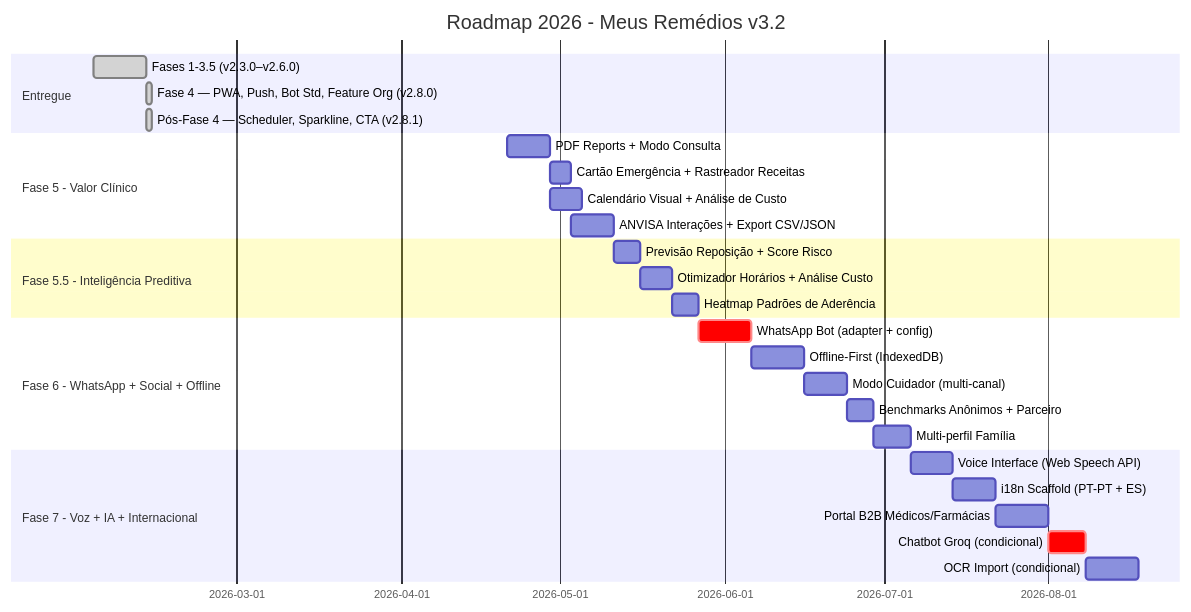
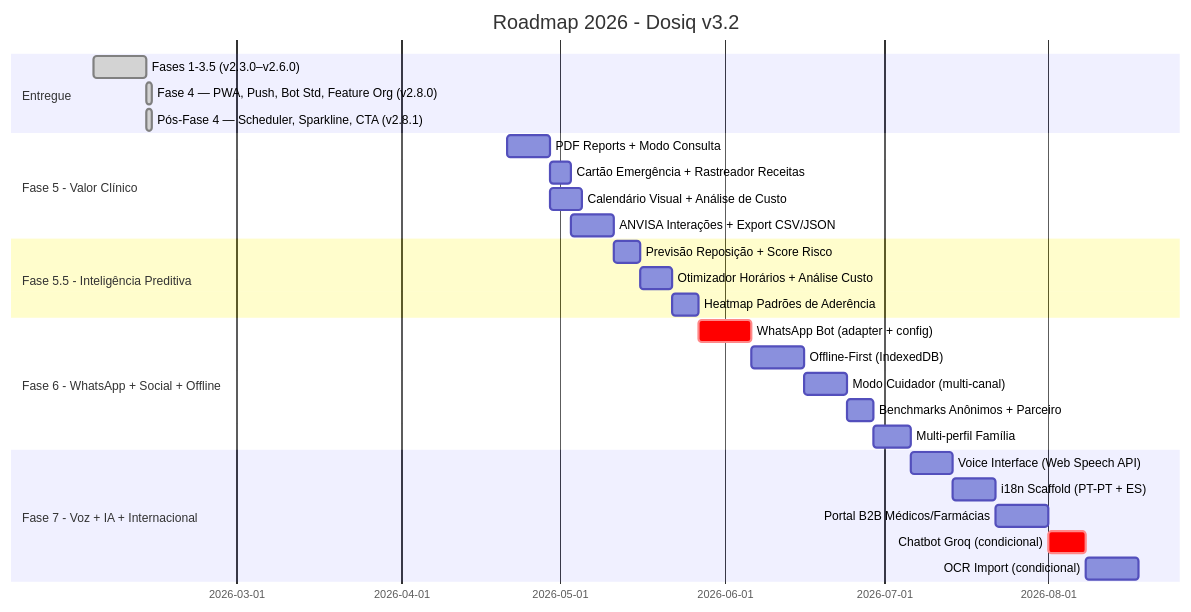
Before and after one commit to coelhotv/dosiq: the diagram in plans/archive_old/roadmap_v3/roadmap_2026_meus_remedios_v32.md, drawn with Mermaid. The commit also changed other lines of this file and 151 other files, not shown here.

````diff
--- a/plans/archive_old/roadmap_v3/roadmap_2026_meus_remedios_v32.md
+++ b/plans/archive_old/roadmap_v3/roadmap_2026_meus_remedios_v32.md
@@ -255,35 +255,35 @@
 ```mermaid
 gantt
-    title Roadmap 2026 - Meus Remédios v3.2
+    title Roadmap 2026 - Dosiq v3.2
     dateFormat YYYY-MM-DD
 
     section Entregue
     Fases 1-3.5 (v2.3.0–v2.6.0)                    :done, prev, 2026-02-02, 10d
     Fase 4 — PWA, Push, Bot Std, Feature Org (v2.8.0) :done, f4, 2026-02-12, 1d
     Pós-Fase 4 — Scheduler, Sparkline, CTA (v2.8.1)  :done, f4b, 2026-02-12, 1d
 
     section Fase 5 - Valor Clínico
     PDF Reports + Modo Consulta           :f5_1, after f4_3, 8d
     Cartão Emergência + Rastreador Receitas:f5_2, after f5_1, 4d
     Calendário Visual + Análise de Custo  :f5_3, after f5_1, 6d
     ANVISA Interações + Export CSV/JSON   :f5_4, after f5_2, 8d
 
     section Fase 5.5 - Inteligência Preditiva
     Previsão Reposição + Score Risco      :f55_1, after f5_4, 5d
     Otimizador Horários + Análise Custo   :f55_2, after f55_1, 6d
     Heatmap Padrões de Aderência          :f55_3, after f55_2, 5d
 
     section Fase 6 - WhatsApp + Social + Offline
     WhatsApp Bot (adapter + config)       :crit, f6_1, after f55_3, 10d
     Offline-First (IndexedDB)             :f6_2, after f6_1, 10d
     Modo Cuidador (multi-canal)           :f6_3, after f6_2, 8d
     Benchmarks Anônimos + Parceiro        :f6_4, after f6_3, 5d
     Multi-perfil Família                  :f6_5, after f6_4, 7d
 
     section Fase 7 - Voz + IA + Internacional
     Voice Interface (Web Speech API)      :f7_1, after f6_5, 8d
     i18n Scaffold (PT-PT + ES)            :f7_2, after f7_1, 8d
     Portal B2B Médicos/Farmácias          :f7_3, after f7_2, 10d
     Chatbot Groq (condicional)            :crit, f7_4, after f7_3, 7d
     OCR Import (condicional)              :f7_5, after f7_4, 10d
 ```
````
